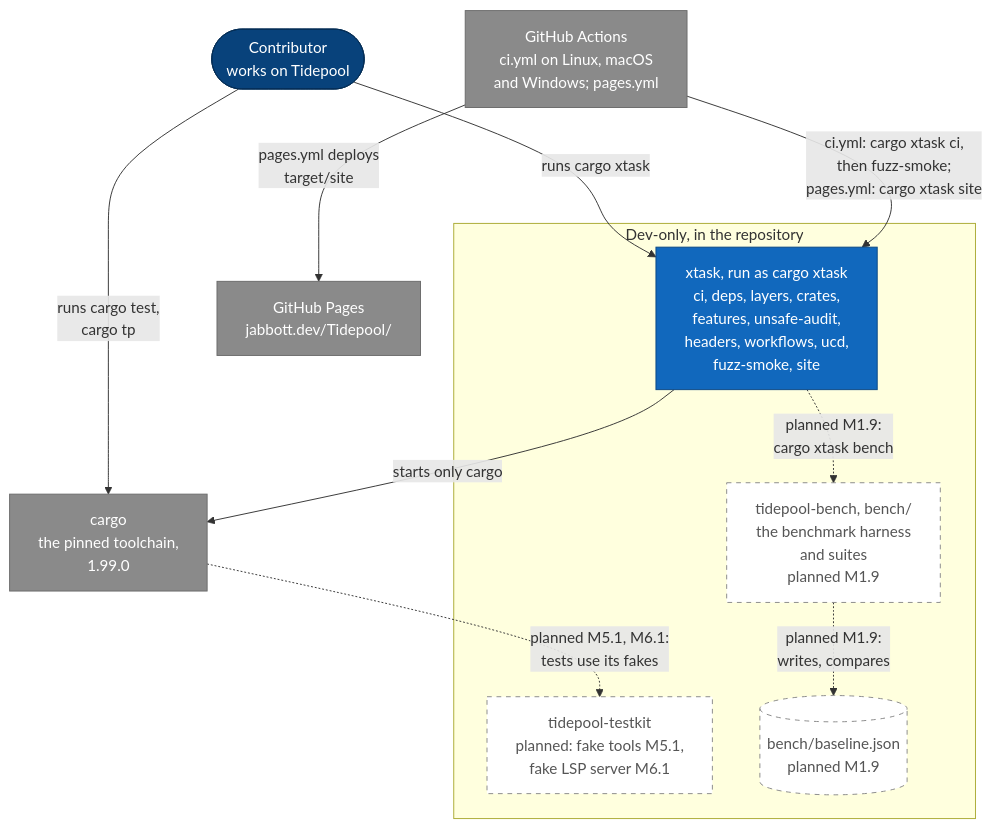
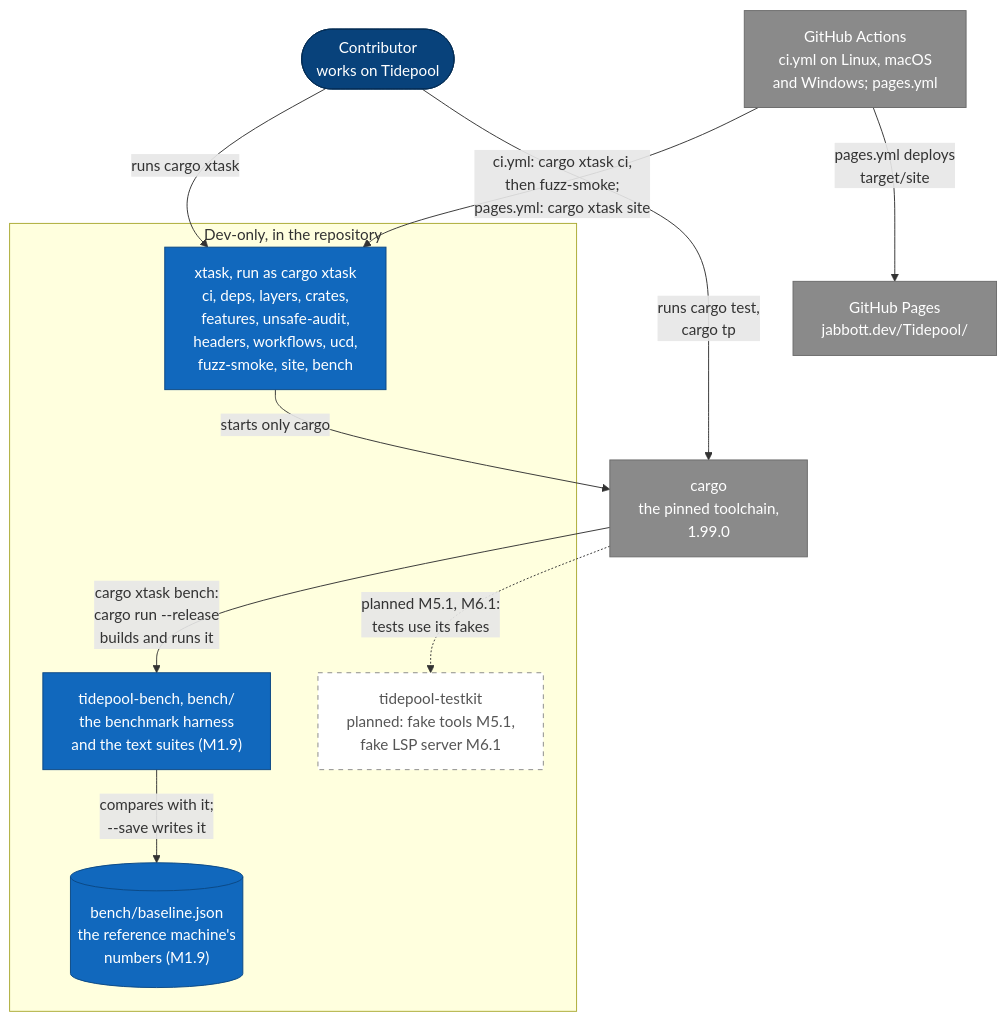
Before and after one commit to jabbott-iii/Tidepool: the fourth of 16 diagrams in diagrams/c4-architecture.md, drawn with Mermaid. The commit also changed other lines of this file and 30 other files, not shown here.

````diff
--- a/diagrams/c4-architecture.md
+++ b/diagrams/c4-architecture.md
@@ -184,33 +184,34 @@
 ```mermaid
 flowchart TB
     p_contrib(["Contributor<br/>works on Tidepool"])
     e_gha["GitHub Actions<br/>ci.yml on Linux, macOS<br/>and Windows; pages.yml"]
     e_cargo["cargo<br/>the pinned toolchain,<br/>1.99.0"]
     e_pages["GitHub Pages<br/>jabbott.dev/Tidepool/"]
 
     subgraph b_dev["Dev-only, in the repository"]
-        c_xtask["xtask, run as cargo xtask<br/>ci, deps, layers, crates,<br/>features, unsafe-audit,<br/>headers, workflows, ucd,<br/>fuzz-smoke, site"]
-        c_bench["tidepool-bench, bench/<br/>the benchmark harness<br/>and suites<br/>planned M1.9"]
+        c_xtask["xtask, run as cargo xtask<br/>ci, deps, layers, crates,<br/>features, unsafe-audit,<br/>headers, workflows, ucd,<br/>fuzz-smoke, site, bench"]
+        c_bench["tidepool-bench, bench/<br/>the benchmark harness<br/>and the text suites (M1.9)"]
         c_testkit["tidepool-testkit<br/>planned: fake tools M5.1,<br/>fake LSP server M6.1"]
-        s_baseline[("bench/baseline.json<br/>planned M1.9")]
+        s_baseline[("bench/baseline.json<br/>the reference machine's<br/>numbers (M1.9)")]
     end
 
     p_contrib -->|"runs cargo xtask"| c_xtask
     p_contrib -->|"runs cargo test,<br/>cargo tp"| e_cargo
     e_gha -->|"ci.yml: cargo xtask ci,<br/>then fuzz-smoke;<br/>pages.yml: cargo xtask site"| c_xtask
     e_gha -->|"pages.yml deploys<br/>target/site"| e_pages
     c_xtask -->|"starts only cargo"| e_cargo
-    c_xtask -.->|"planned M1.9:<br/>cargo xtask bench"| c_bench
-    c_bench -.->|"planned M1.9:<br/>writes, compares"| s_baseline
+    e_cargo -->|"cargo xtask bench:<br/>cargo run --release<br/>builds and runs it"| c_bench
+    c_bench -->|"compares with it;<br/>--save writes it"| s_baseline
     e_cargo -.->|"planned M5.1, M6.1:<br/>tests use its fakes"| c_testkit
 
     classDef person fill:#08427b,stroke:#052e56,color:#ffffff
     classDef built fill:#1168bd,stroke:#0b4884,color:#ffffff
     classDef external fill:#8a8a8a,stroke:#6b6b6b,color:#ffffff
     classDef planned fill:#ffffff,stroke:#888888,stroke-dasharray: 5 5,color:#555555
     classDef store fill:#1168bd,stroke:#0b4884,color:#ffffff
     class p_contrib person
-    class c_xtask built
-    class c_bench,c_testkit,s_baseline planned
+    class c_xtask,c_bench built
+    class s_baseline store
+    class c_testkit planned
     class e_gha,e_cargo,e_pages external
 ```
````
